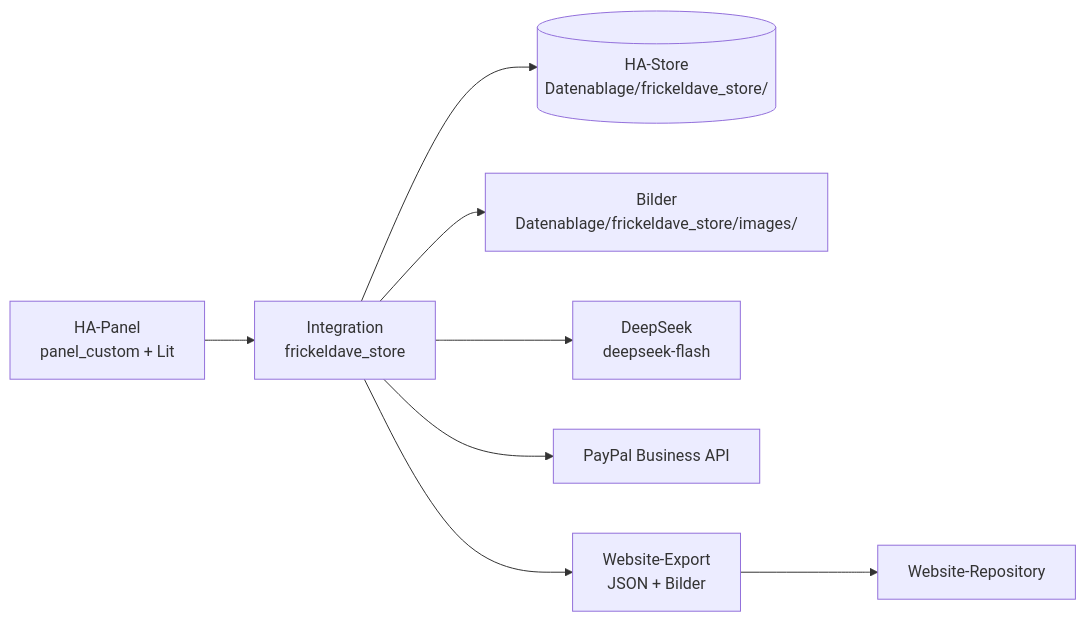
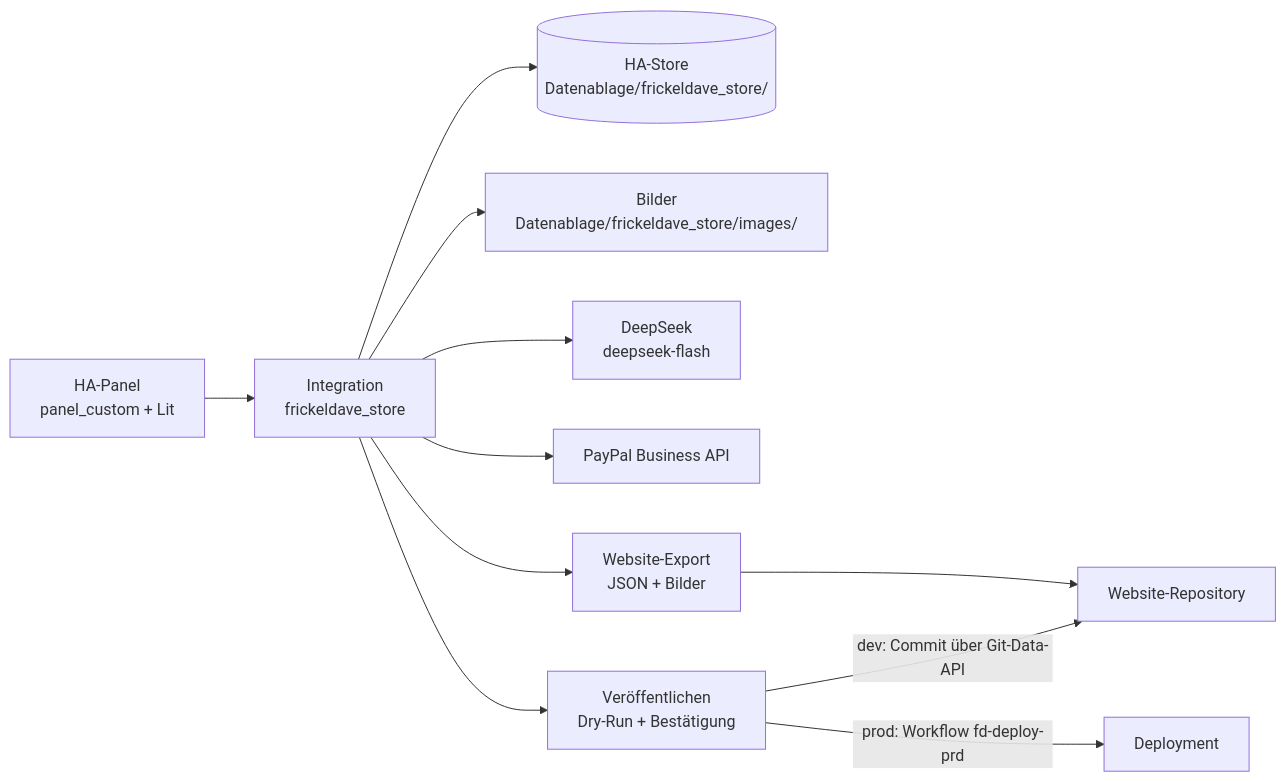
The diagram in docs/features/fr008-ha-manager.md (Frickeldave/frickeldave.github.io), drawn with Mermaid before and after one commit. The commit also changed other lines of this file and 1 other file, not shown here.

````diff
--- a/docs/features/fr008-ha-manager.md
+++ b/docs/features/fr008-ha-manager.md
@@ -36,10 +36,13 @@
 ```mermaid
 flowchart LR
   panel[HA-Panel<br/>panel_custom + Lit] --> api[Integration<br/>frickeldave_store]
   api --> store[(HA-Store<br/>Datenablage/frickeldave_store/)]
   api --> images[Bilder<br/>Datenablage/frickeldave_store/images/]
   api --> deepseek[DeepSeek<br/>deepseek-flash]
   api --> paypal[PayPal Business API]
   api --> export[Website-Export<br/>JSON + Bilder]
   export --> website[Website-Repository]
+  api --> publish[Veröffentlichen<br/>Dry-Run + Bestätigung]
+  publish -->|dev: Commit über Git-Data-API| website
+  publish -->|prod: Workflow fd-deploy-prd| deploy[Deployment]
 ```
````
